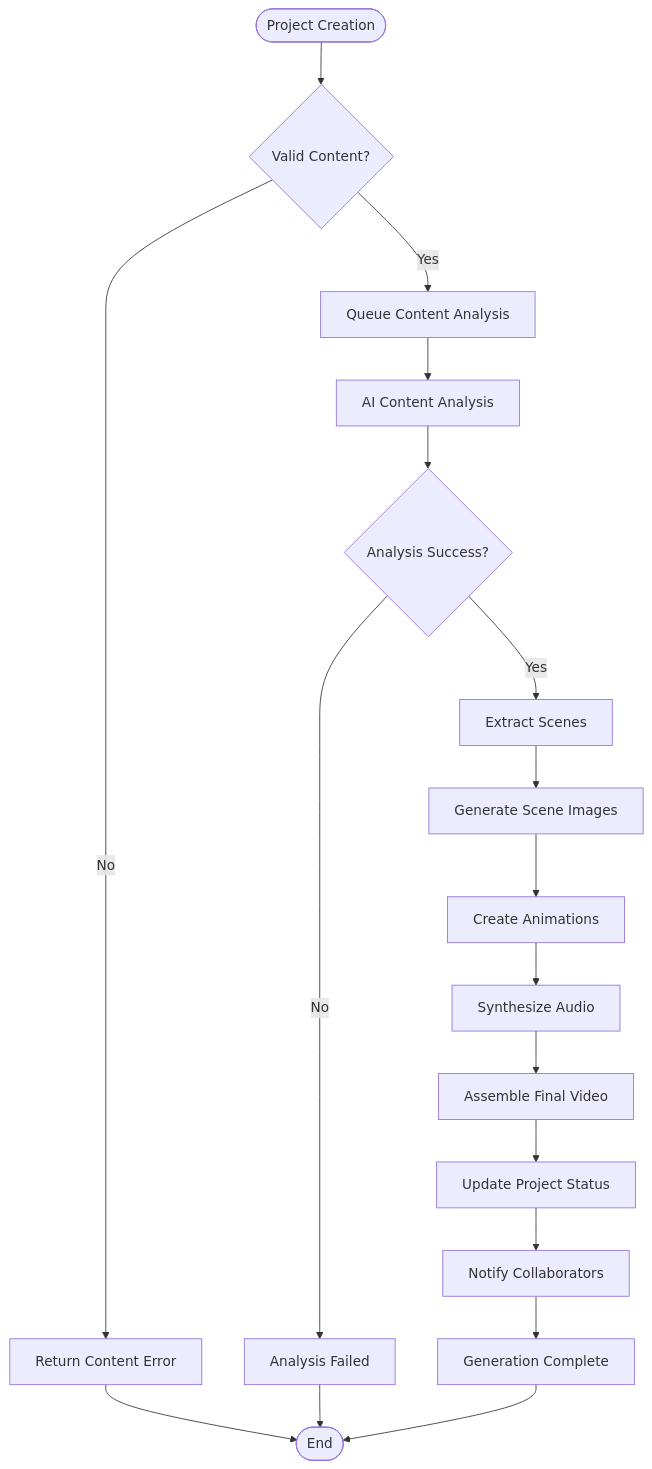
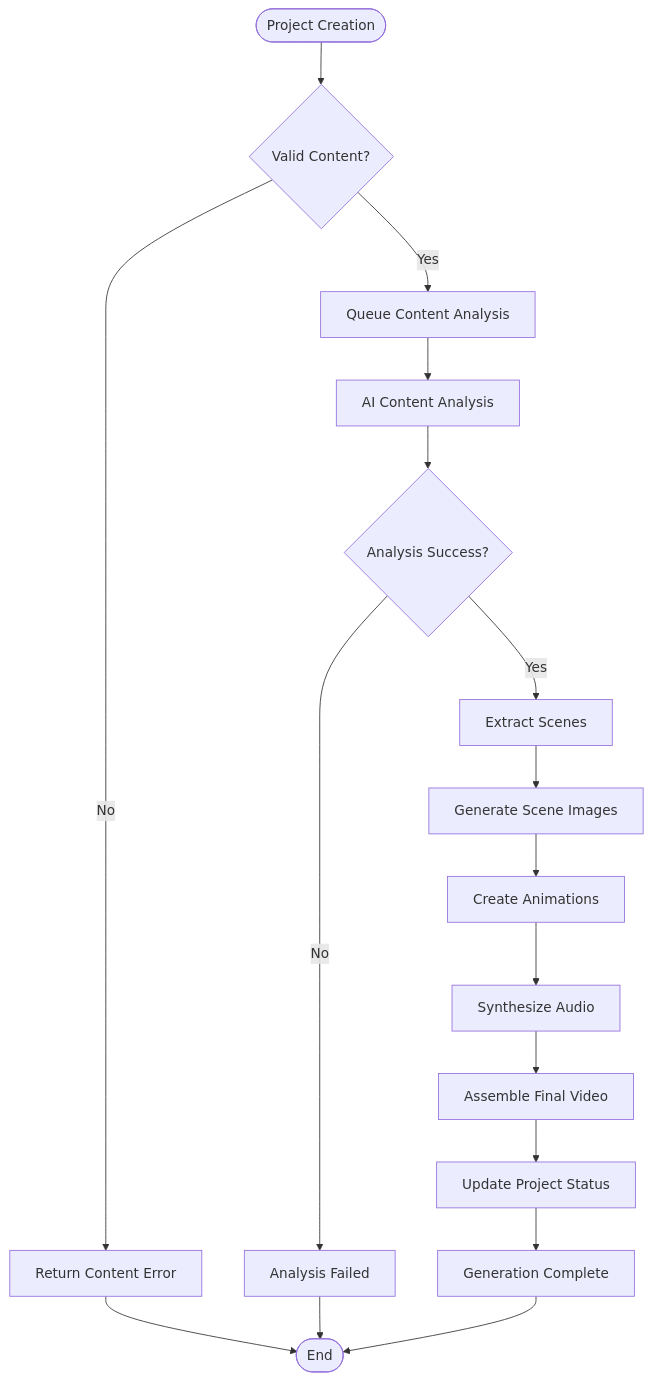
Before and after one commit to VisioBook-ESP/docs-architecture: the fourth of 4 diagrams in docs/api/core-project-service.md, drawn with Mermaid. The commit also changed other lines of this file and 6 other files, not shown here.

````diff
--- a/docs/api/core-project-service.md
+++ b/docs/api/core-project-service.md
@@ -1239,24 +972,23 @@
 ```mermaid
 flowchart TD
     Start([Project Creation]) --> ValidateContent{Valid Content?}
     ValidateContent -->|No| ContentError[Return Content Error]
     ValidateContent -->|Yes| QueueAnalysis[Queue Content Analysis]
 
     QueueAnalysis --> AnalysisStep[AI Content Analysis]
     AnalysisStep --> CheckAnalysis{Analysis Success?}
     CheckAnalysis -->|No| AnalysisError[Analysis Failed]
     CheckAnalysis -->|Yes| ExtractScenes[Extract Scenes]
 
     ExtractScenes --> GenerateImages[Generate Scene Images]
     GenerateImages --> CreateAnimations[Create Animations]
     CreateAnimations --> SynthesizeAudio[Synthesize Audio]
     SynthesizeAudio --> AssembleVideo[Assemble Final Video]
 
     AssembleVideo --> UpdateProject[Update Project Status]
-    UpdateProject --> NotifyUsers[Notify Collaborators]
-    NotifyUsers --> Success[Generation Complete]
+    UpdateProject --> Success[Generation Complete]
 
     ContentError --> End([End])
     AnalysisError --> End
     Success --> End
 ```
````
